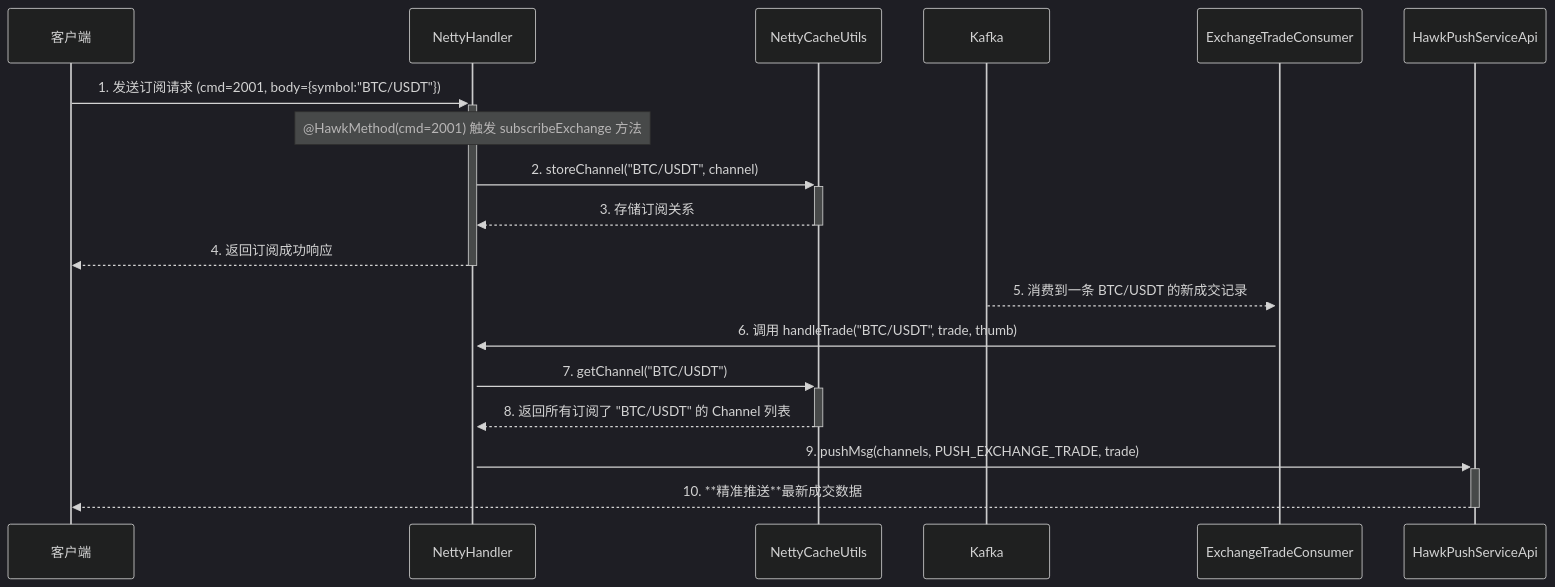
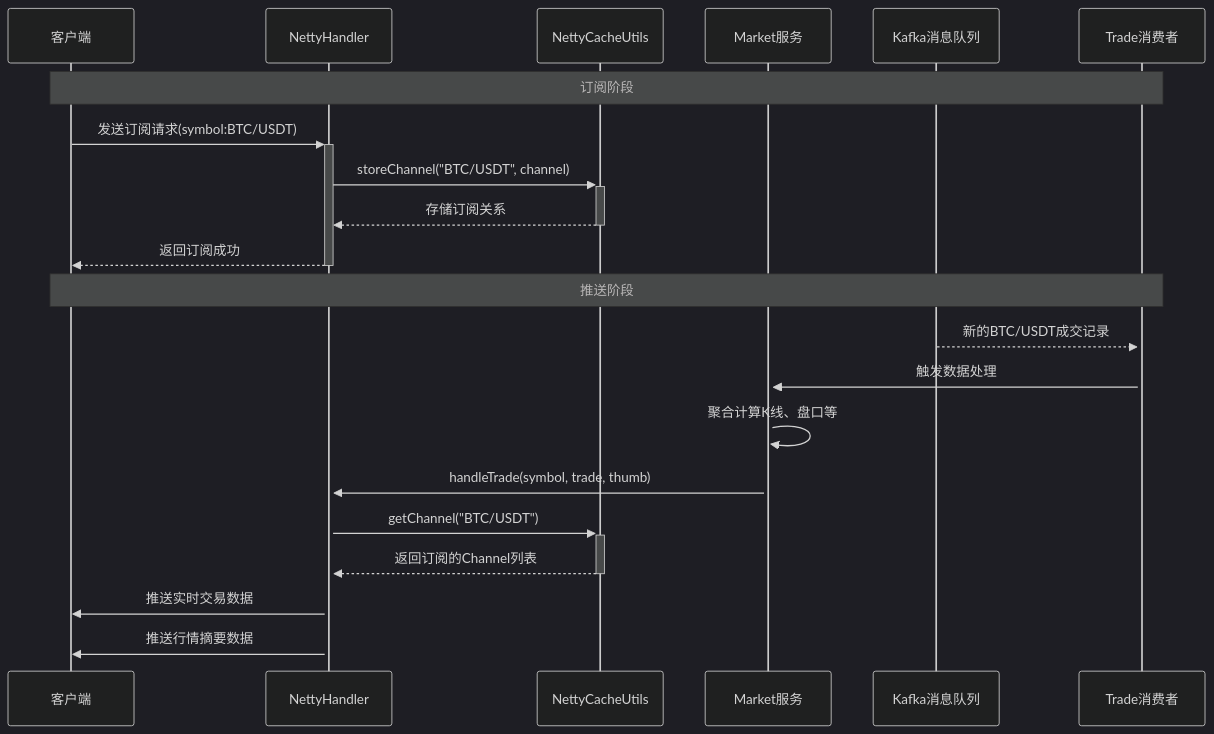
The second of 2 diagrams in doc/08.Websocket 实时消息推送：AQMD-NETTY 框架.md (kick-pixel/btc_eth_bizzan_contract_Exchange_ztuo_jiaoyisuo), drawn with Mermaid (dark theme) before and after one commit. The commit also changed other lines of this file and 15 other files, not shown here.

````diff
--- a/doc/08.Websocket 实时消息推送：AQMD-NETTY 框架.md
+++ b/doc/08.Websocket 实时消息推送：AQMD-NETTY 框架.md
@@ -109,26 +208,27 @@
-    ```mermaid
-    sequenceDiagram
-        participant Client as 客户端
-        participant Handler as NettyHandler
-        participant Cache as NettyCacheUtils
-        participant Kafka
-        participant Consumer as ExchangeTradeConsumer
-        participant PushSvc as HawkPushServiceApi
+```mermaid
+sequenceDiagram
+    participant Client as 客户端
+    participant NettyHandler as NettyHandler
+    participant NettyCache as NettyCacheUtils
+    participant Market as Market服务
+    participant Kafka as Kafka消息队列
+    participant Consumer as Trade消费者
 
-        %% 订阅流程
-        Client->>+Handler: 1. 发送订阅请求 (cmd=2001, body={symbol:"BTC/USDT"})
-        Note over Handler: @HawkMethod(cmd=2001) 触发 subscribeExchange 方法
-        Handler->>+Cache: 2. storeChannel("BTC/USDT", channel)
-        Cache-->>-Handler: 3. 存储订阅关系
-        Handler-->>-Client: 4. 返回订阅成功响应
+    Note over Client,Consumer: 订阅阶段
+    Client->>+NettyHandler: 发送订阅请求(symbol:BTC/USDT)
+    NettyHandler->>+NettyCache: storeChannel("BTC/USDT", channel)
+    NettyCache-->>-NettyHandler: 存储订阅关系
+    NettyHandler-->>-Client: 返回订阅成功
 
-        %% 推送流程
-        Kafka-->>+Consumer: 5. 消费到一条 BTC/USDT 的新成交记录
-        Consumer->>+Handler: 6. 调用 handleTrade("BTC/USDT", trade, thumb)
-        
-        Handler->>+Cache: 7. getChannel("BTC/USDT")
-        Cache-->>-Handler: 8. 返回所有订阅了 "BTC/USDT" 的 Channel 列表
-        
-        Handler->>+PushSvc: 9. pushMsg(channels, PUSH_EXCHANGE_TRADE, trade)
-        PushSvc-->>-Client: 10. **精准推送**最新成交数据
-    ```
+    Note over Client,Consumer: 推送阶段
+    Kafka-->>+Consumer: 新的BTC/USDT成交记录
+    Consumer->>+Market: 触发数据处理
+    Market->>Market: 聚合计算K线、盘口等
+    Market->>+NettyHandler: handleTrade(symbol, trade, thumb)
+
+    NettyHandler->>+NettyCache: getChannel("BTC/USDT")
+    NettyCache-->>-NettyHandler: 返回订阅的Channel列表
+
+    NettyHandler->>Client: 推送实时交易数据
+    NettyHandler->>Client: 推送行情摘要数据
+```
````
